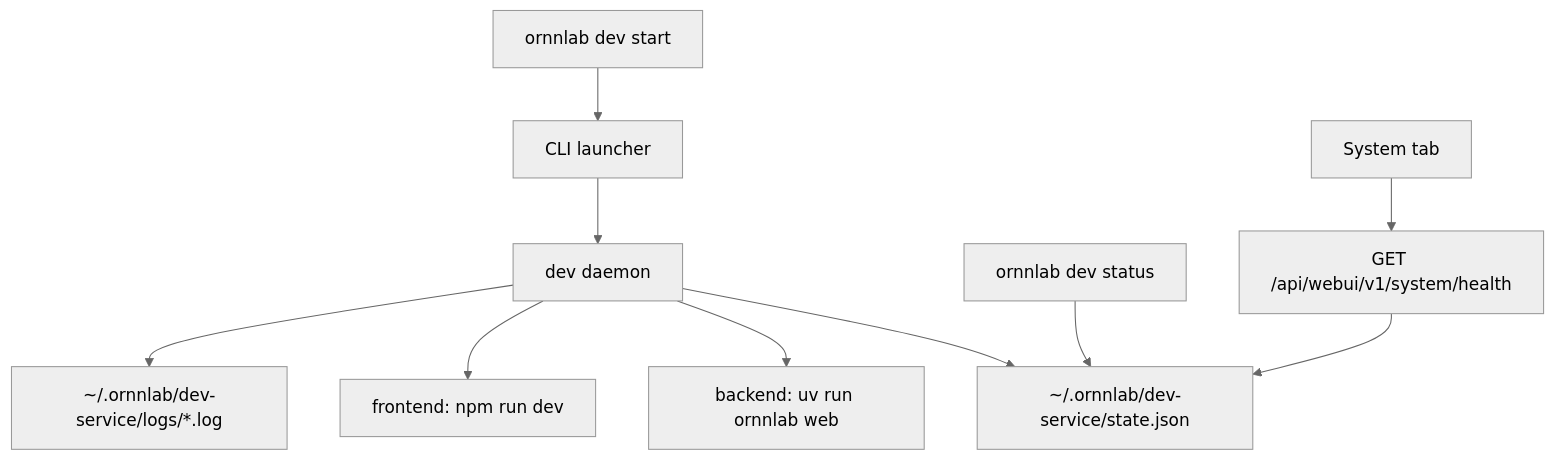
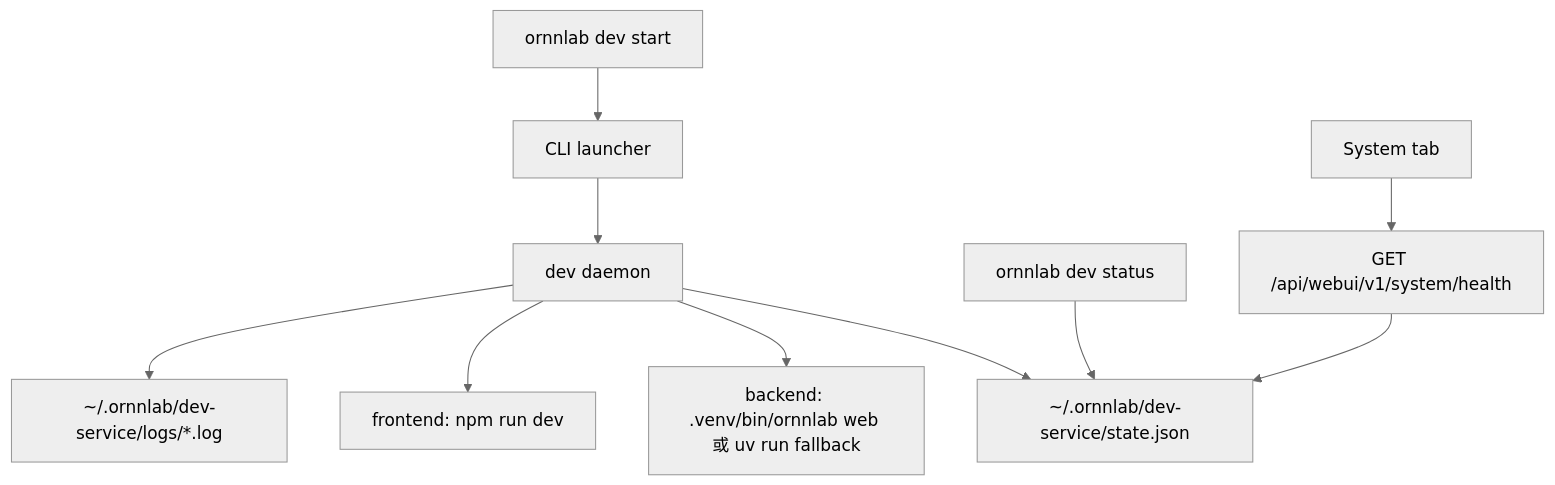
Before and after one commit to ceasarXuu/HarnessLab: the first of 2 diagrams in docs/releases/v1.0.5/dev-daemon/implementation-design.md, drawn with Mermaid (neutral theme). The commit also changed other lines of this file and 20 other files, not shown here.

````diff
--- a/docs/releases/v1.0.5/dev-daemon/implementation-design.md
+++ b/docs/releases/v1.0.5/dev-daemon/implementation-design.md
@@ -36,12 +36,12 @@
 ```mermaid
 flowchart TD
   CLI["ornnlab dev start"] --> Launcher["CLI launcher"]
   Launcher --> Daemon["dev daemon"]
-  Daemon --> Backend["backend: uv run ornnlab web"]
+  Daemon --> Backend["backend: .venv/bin/ornnlab web 或 uv run fallback"]
   Daemon --> Frontend["frontend: npm run dev"]
   Daemon --> State["~/.ornnlab/dev-service/state.json"]
   Daemon --> Logs["~/.ornnlab/dev-service/logs/*.log"]
   CLIStatus["ornnlab dev status"] --> State
   SystemAPI["GET /api/webui/v1/system/health"] --> State
   SystemPage["System tab"] --> SystemAPI
 ```
````
